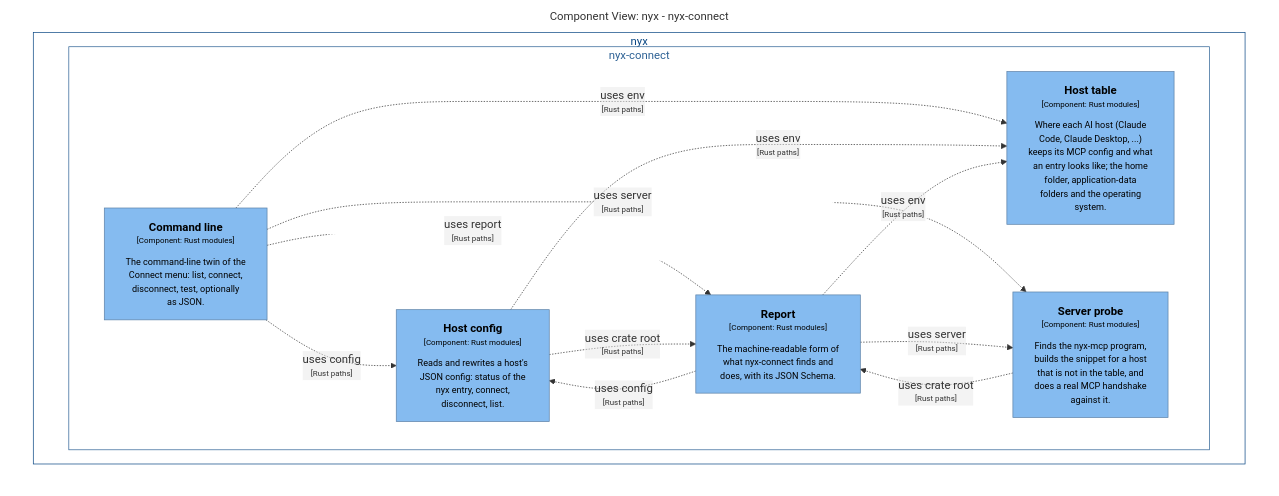
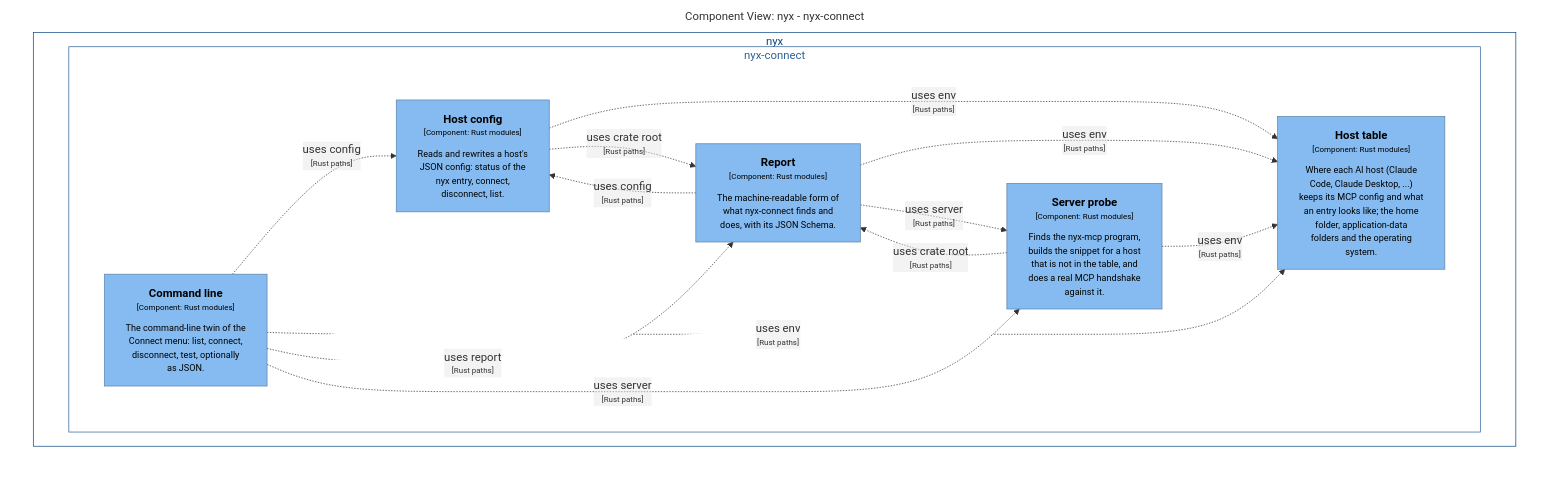
One commit to p-j-r/nyx changed the diagram in docs/architecture/c4/export/mermaid/structurizr-Components_connect.mmd. Above: the diagram before and after it, drawn with Mermaid. The commit also changed 36 other files, not shown here.

```diff
--- a/docs/architecture/c4/export/mermaid/structurizr-Components_connect.mmd
+++ b/docs/architecture/c4/export/mermaid/structurizr-Components_connect.mmd
@@ -1,38 +1,39 @@
 graph TB
   linkStyle default fill:#ffffff
 
   subgraph diagram ["Component View: nyx - nyx-connect"]
     style diagram fill:#ffffff,stroke:#ffffff
 
     subgraph 5 ["nyx"]
       style 5 fill:#ffffff,stroke:#0b4884,color:#0b4884
 
       subgraph 22 ["nyx-connect"]
         style 22 fill:#ffffff,stroke:#2e6295,color:#2e6295
 
         23["<div style='font-weight: bold'>Host table</div><div style='font-size: 70%; margin-top: 0px'>[Component: Rust modules]</div><div style='font-size: 80%; margin-top:10px'>Where each AI host (Claude<br />Code, Claude Desktop, ...)<br />keeps its MCP config and what<br />an entry looks like; the home<br />folder, application-data<br />folders and the operating<br />system.</div>"]
         style 23 fill:#85bbf0,stroke:#5d82a8,color:#000000
         24["<div style='font-weight: bold'>Host config</div><div style='font-size: 70%; margin-top: 0px'>[Component: Rust modules]</div><div style='font-size: 80%; margin-top:10px'>Reads and rewrites a host's<br />JSON config: status of the<br />nyx entry, connect,<br />disconnect, list.</div>"]
         style 24 fill:#85bbf0,stroke:#5d82a8,color:#000000
         25["<div style='font-weight: bold'>Server probe</div><div style='font-size: 70%; margin-top: 0px'>[Component: Rust modules]</div><div style='font-size: 80%; margin-top:10px'>Finds the nyx-mcp program,<br />builds the snippet for a host<br />that is not in the table, and<br />does a real MCP handshake<br />against it.</div>"]
         style 25 fill:#85bbf0,stroke:#5d82a8,color:#000000
         26["<div style='font-weight: bold'>Report</div><div style='font-size: 70%; margin-top: 0px'>[Component: Rust modules]</div><div style='font-size: 80%; margin-top:10px'>The machine-readable form of<br />what nyx-connect finds and<br />does, with its JSON Schema.</div>"]
         style 26 fill:#85bbf0,stroke:#5d82a8,color:#000000
         27["<div style='font-weight: bold'>Command line</div><div style='font-size: 70%; margin-top: 0px'>[Component: Rust modules]</div><div style='font-size: 80%; margin-top:10px'>The command-line twin of the<br />Connect menu: list, connect,<br />disconnect, test, optionally<br />as JSON.</div>"]
         style 27 fill:#85bbf0,stroke:#5d82a8,color:#000000
       end
 
     end
 
     27-. "<div>uses config</div><div style='font-size: 70%'>[Rust paths]</div>" .->24
     27-. "<div>uses env</div><div style='font-size: 70%'>[Rust paths]</div>" .->23
     27-. "<div>uses report</div><div style='font-size: 70%'>[Rust paths]</div>" .->26
     27-. "<div>uses server</div><div style='font-size: 70%'>[Rust paths]</div>" .->25
     24-. "<div>uses env</div><div style='font-size: 70%'>[Rust paths]</div>" .->23
     24-. "<div>uses crate root</div><div style='font-size: 70%'>[Rust paths]</div>" .->26
     26-. "<div>uses config</div><div style='font-size: 70%'>[Rust paths]</div>" .->24
     26-. "<div>uses env</div><div style='font-size: 70%'>[Rust paths]</div>" .->23
     26-. "<div>uses server</div><div style='font-size: 70%'>[Rust paths]</div>" .->25
+    25-. "<div>uses env</div><div style='font-size: 70%'>[Rust paths]</div>" .->23
     25-. "<div>uses crate root</div><div style='font-size: 70%'>[Rust paths]</div>" .->26
 
   end
```
